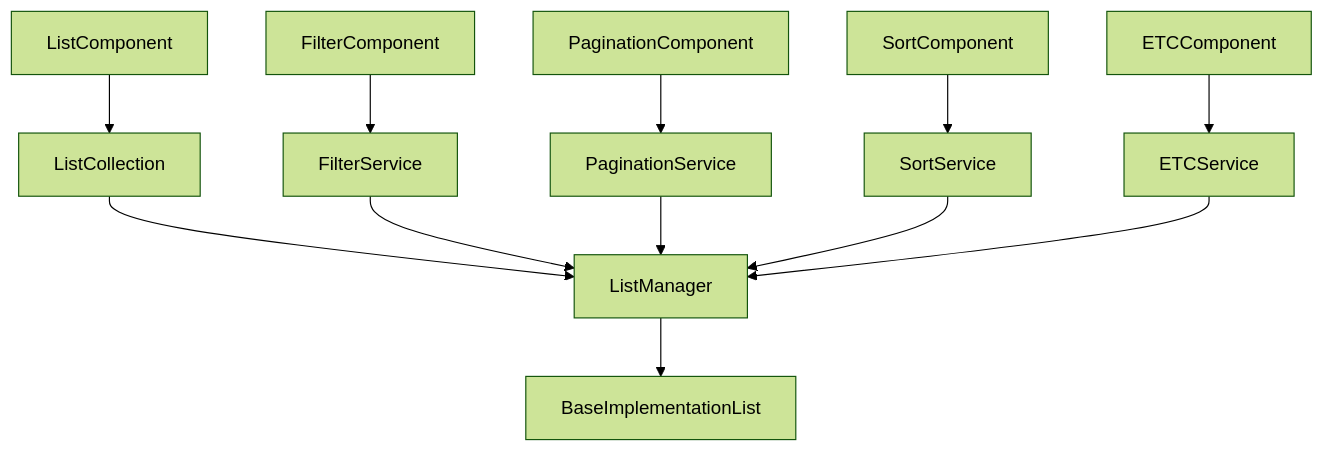
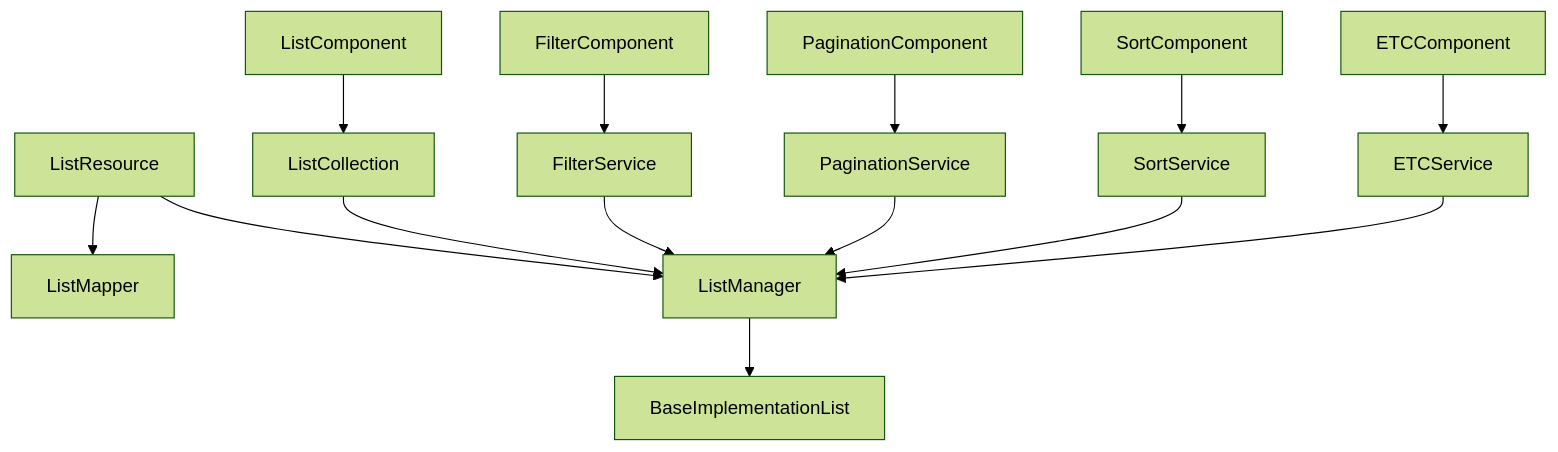
The diagram in view/src/common/list/README.md (Frontend-Stars/react-guideline), drawn with Mermaid (forest theme) before and after one commit.

````diff
--- a/view/src/common/list/README.md
+++ b/view/src/common/list/README.md
@@ -3,14 +3,16 @@
 ```mermaid
 graph TD;
+    ListResource-->ListMapper;
+    ListResource-->ListManager;
     ListManager-->BaseImplementationList;
     ListCollection-->ListManager;
     FilterService-->ListManager;
     PaginationService-->ListManager;
     SortService-->ListManager;
     ETCService-->ListManager;
     ListComponent-->ListCollection;
     FilterComponent-->FilterService;
     PaginationComponent-->PaginationService;
     SortComponent-->SortService;
     ETCComponent-->ETCService;
 ```
````
